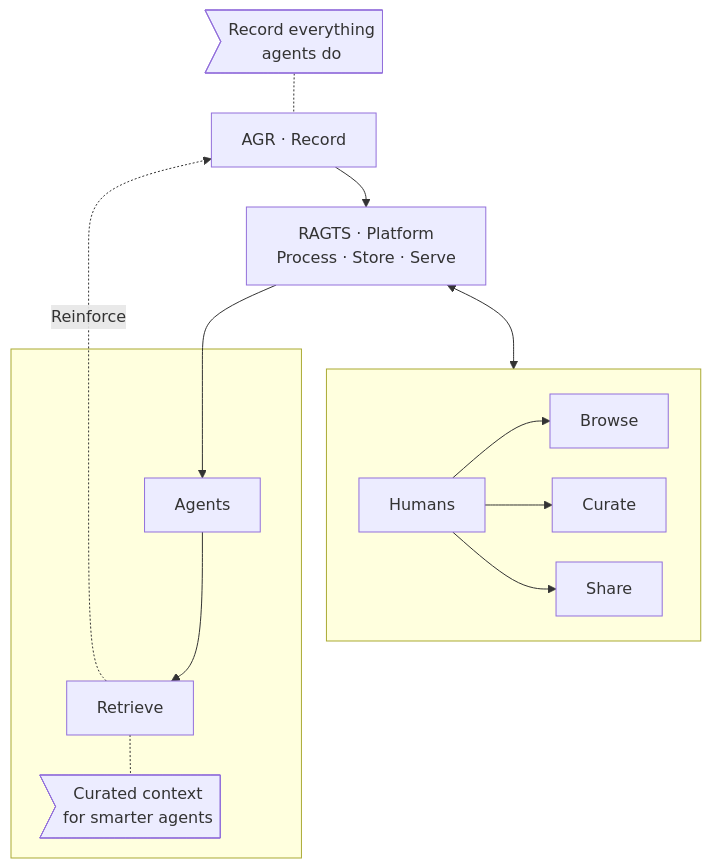
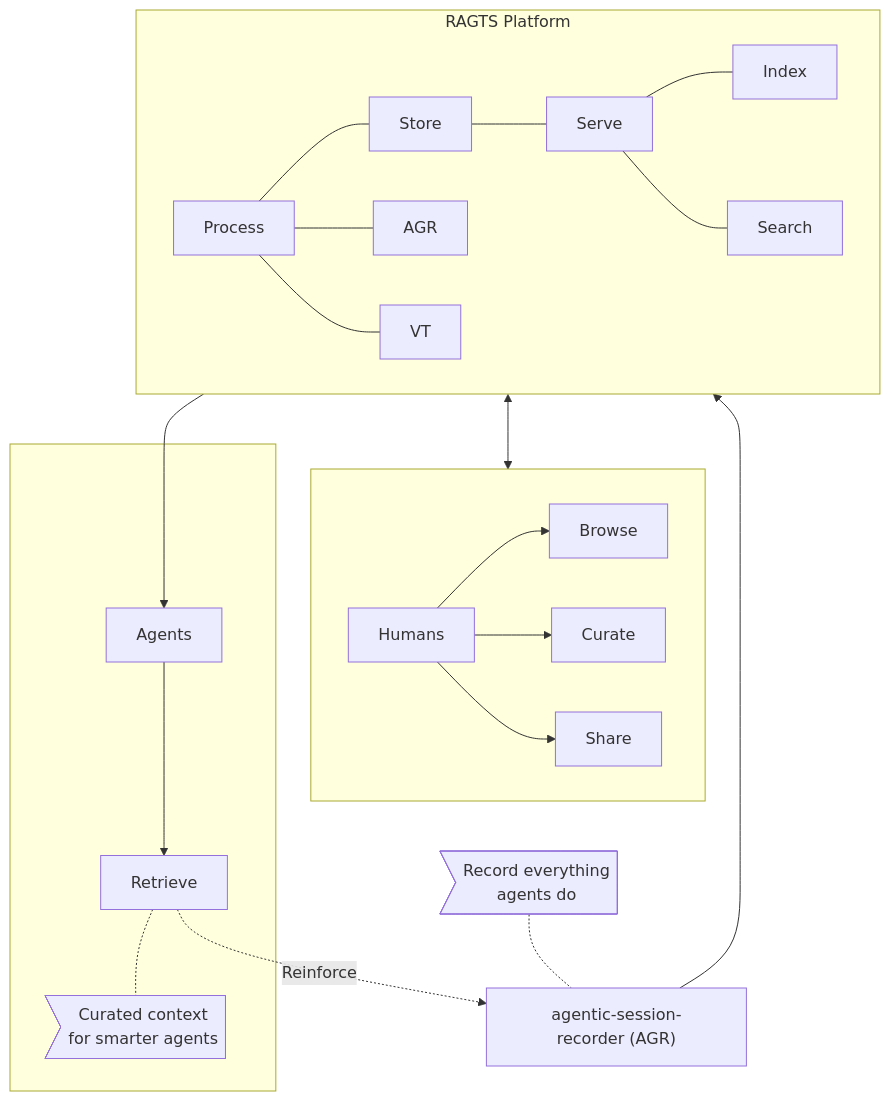
One commit to thiscantbeserious/ragts-learning-platform changed the diagram in README.md. Above: the diagram before and after it, drawn with Mermaid.

Commit message:
update graph

````diff
--- a/README.md
+++ b/README.md
@@ -28,23 +28,32 @@
 ```mermaid
-%%{ init: { 'flowchart': { 'curve': 'basis', 'nodeSpacing': 30, 'rankSpacing': 40 } } }%%
 graph TD
     AD>Record everything<br/>agents do] -.- A
-    A[AGR · Record] --> R[RAGTS · Platform<br/>Process · Store · Serve]
+    A["agentic-session-recorder (AGR)"] --> RAGTS
 
-    R <--> H[Humans]
-    R --> AG[Agents]
+    subgraph RAGTS["RAGTS Platform"]
+        Process --- Store
+        Store --- Serve
+        Process --- AGR
+        Process --- VT
+        Serve --- Index
+        Serve --- Search
+        
+    end
+
+    RAGTS <--> H[Humans]
+    RAGTS --> AG[Agents]
 
     subgraph " "
         direction LR
         H --> Browse
         H --> Curate
         H --> Share
     end
 
     subgraph "  "
         AG --> Retrieve
         Retrieve -.- RD>Curated context<br/>for smarter agents]
     end
 
     Retrieve -.->|Reinforce| A
 ```
````
